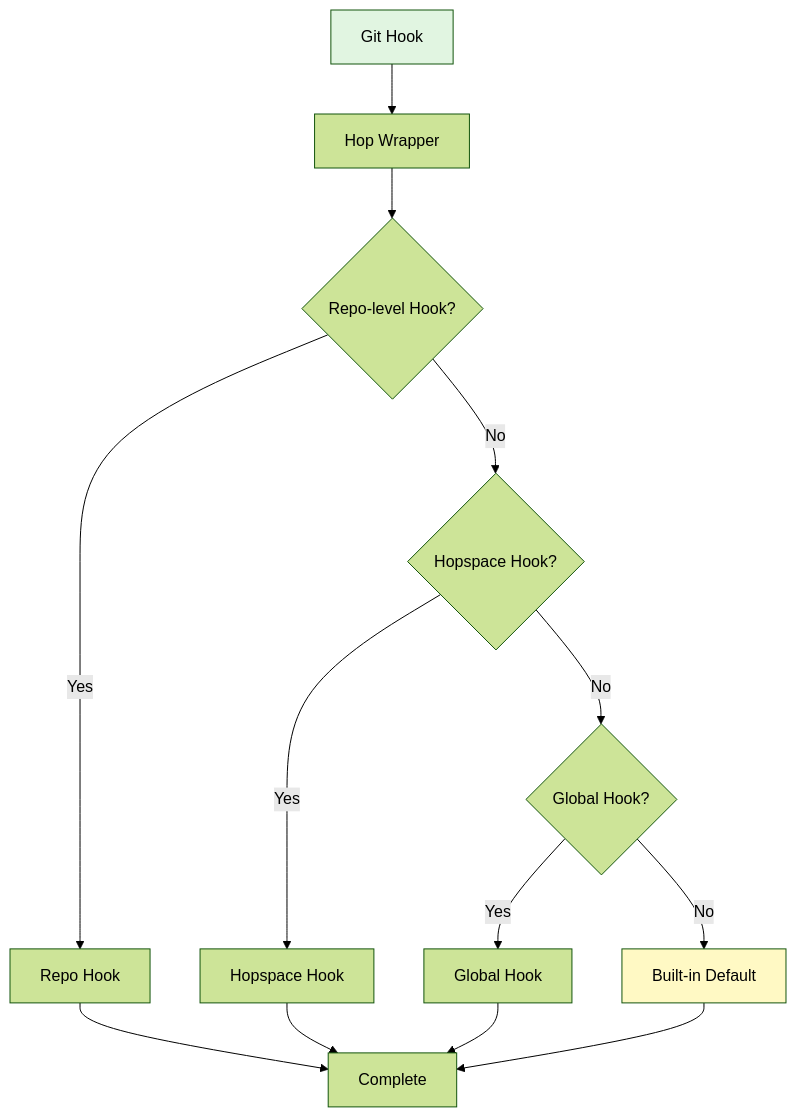
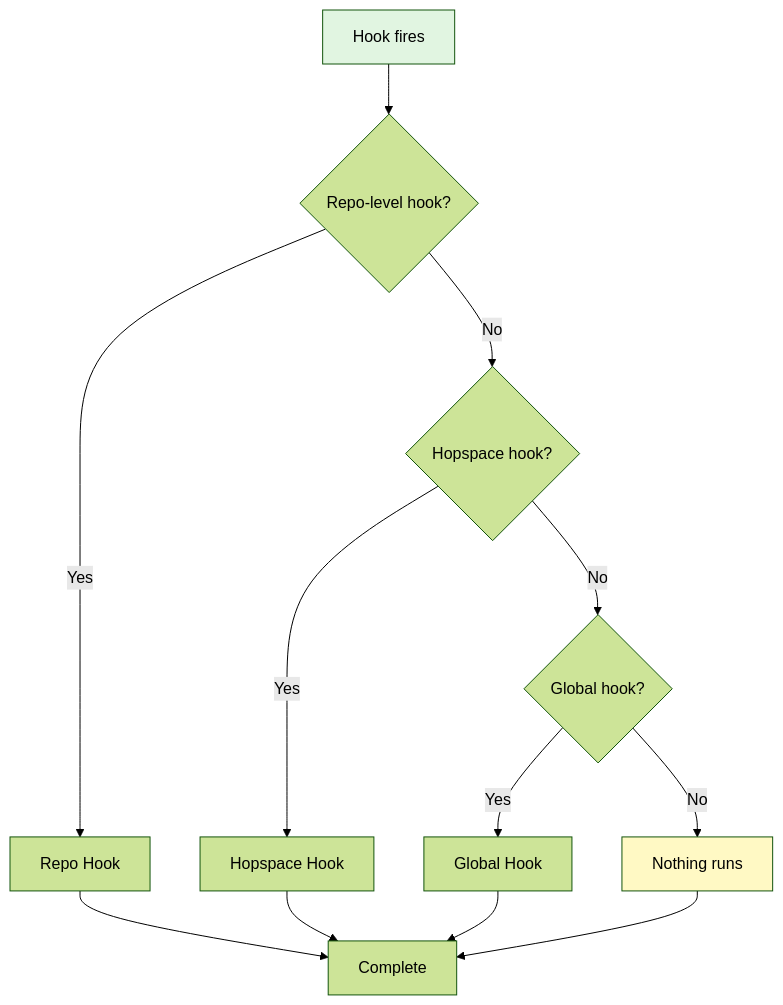
Before and after one commit to hop-top/git: the diagram in docs/07-integration.mdx, drawn with Mermaid (forest theme). The commit also changed other lines of this file and 4 other files, not shown here.

````diff
--- a/docs/07-integration.mdx
+++ b/docs/07-integration.mdx
@@ -16,19 +19,18 @@
 ```mermaid
 graph TD
-    A[Git Hook] --> B[Hop Wrapper]
-    B --> C{Repo-level Hook?}
+    A[Hook fires] --> C{Repo-level hook?}
     C -->|Yes| D[Repo Hook]
-    C -->|No| E{Hopspace Hook?}
+    C -->|No| E{Hopspace hook?}
     E -->|Yes| F[Hopspace Hook]
-    E -->|No| G{Global Hook?}
+    E -->|No| G{Global hook?}
     G -->|Yes| H[Global Hook]
-    G -->|No| I[Built-in Default]
-    
+    G -->|No| I[Nothing runs]
+
     D --> J[Complete]
     F --> J
     H --> J
     I --> J
-    
+
     style A fill:#e1f5e1
     style I fill:#fff9c4
 ```
````
